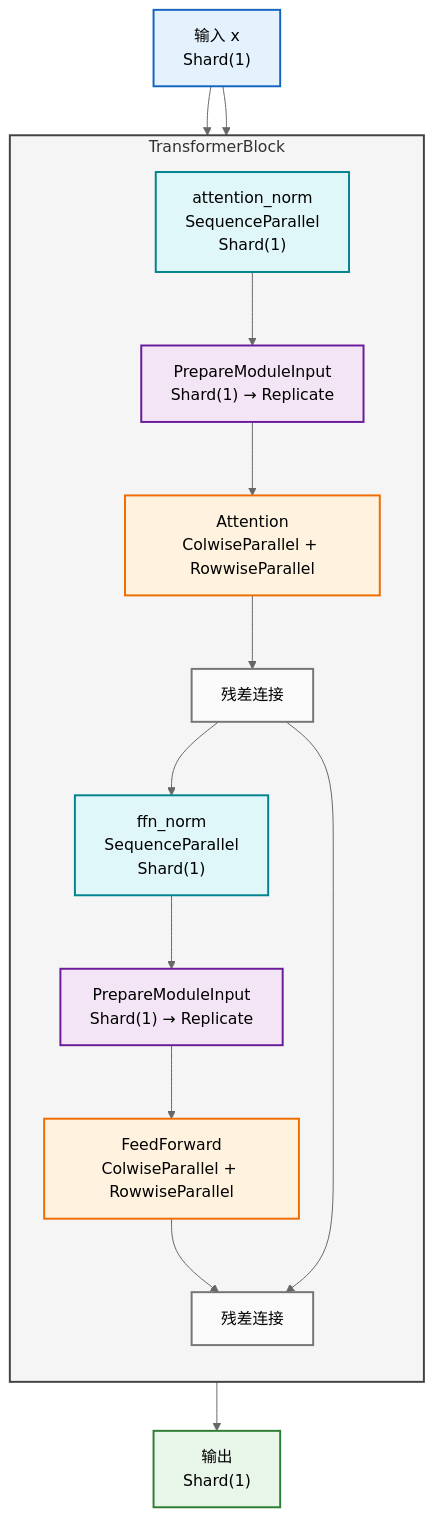
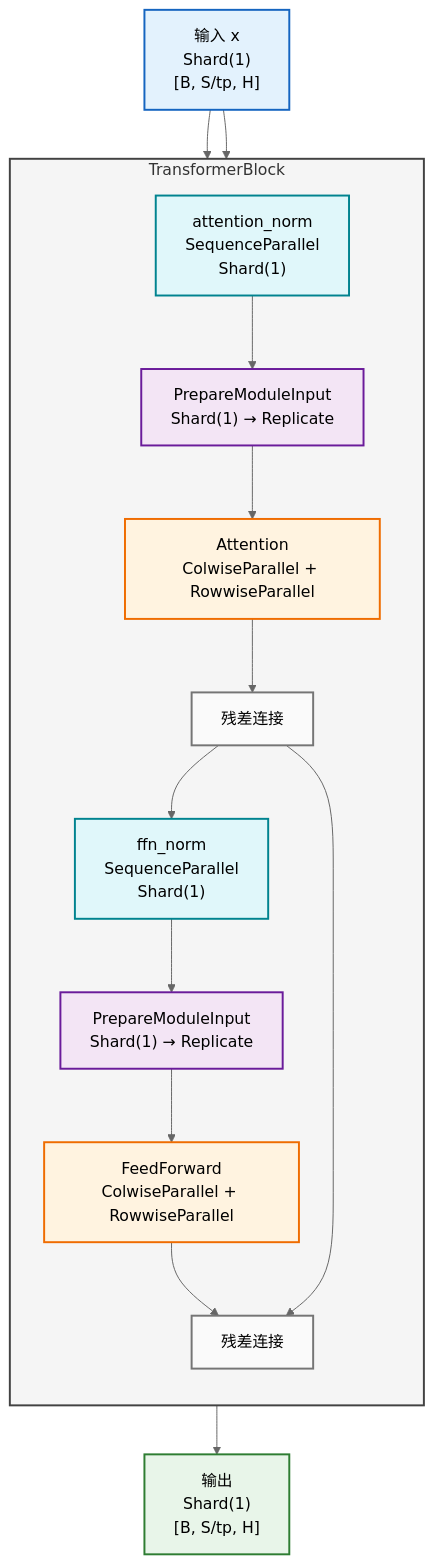
Before and after one commit to jianzhnie/ScaleTorch: diagram 11 of 18 in docs/fsdp2_tp_tutorial.md, drawn with Mermaid (neutral theme). The commit also changed other lines of this file, not shown here.

First line of the commit message:
docs: update fsdp2 tp tutorial with improved diagrams

````diff
--- a/docs/fsdp2_tp_tutorial.md
+++ b/docs/fsdp2_tp_tutorial.md
@@ -886,33 +895,33 @@
 ```mermaid
 flowchart TB
     subgraph Block["TransformerBlock"]
         direction TB
         SN1["attention_norm\nSequenceParallel\nShard(1)"]
         Prep1["PrepareModuleInput\nShard(1) → Replicate"]
         Attn["Attention\nColwiseParallel + RowwiseParallel"]
         Res1["残差连接"]
         SN2["ffn_norm\nSequenceParallel\nShard(1)"]
         Prep2["PrepareModuleInput\nShard(1) → Replicate"]
         FFN["FeedForward\nColwiseParallel + RowwiseParallel"]
         Res2["残差连接"]
     end
 
-    X["输入 x\nShard(1)"] --> SN1
+    X["输入 x\nShard(1)\n[B, S/tp, H]"] --> SN1
     SN1 --> Prep1 --> Attn --> Res1
     X --> Res1
     Res1 --> SN2 --> Prep2 --> FFN --> Res2
     Res1 --> Res2
-    Res2 --> Y["输出\nShard(1)"]
+    Res2 --> Y["输出\nShard(1)\n[B, S/tp, H]"]
 
     style Block fill:#f5f5f5,stroke:#424242,stroke-width:2px
     style SN1 fill:#e0f7fa,stroke:#00838f,stroke-width:2px
     style SN2 fill:#e0f7fa,stroke:#00838f,stroke-width:2px
     style Prep1 fill:#f3e5f5,stroke:#6a1b9a,stroke-width:2px
     style Prep2 fill:#f3e5f5,stroke:#6a1b9a,stroke-width:2px
     style Attn fill:#fff3e0,stroke:#ef6c00,stroke-width:2px
     style FFN fill:#fff3e0,stroke:#ef6c00,stroke-width:2px
     style Res1 fill:#fafafa,stroke:#757575,stroke-width:2px
     style Res2 fill:#fafafa,stroke:#757575,stroke-width:2px
     style X fill:#e3f2fd,stroke:#1565c0,stroke-width:2px
     style Y fill:#e8f5e9,stroke:#2e7d32,stroke-width:2px
 ```
````
